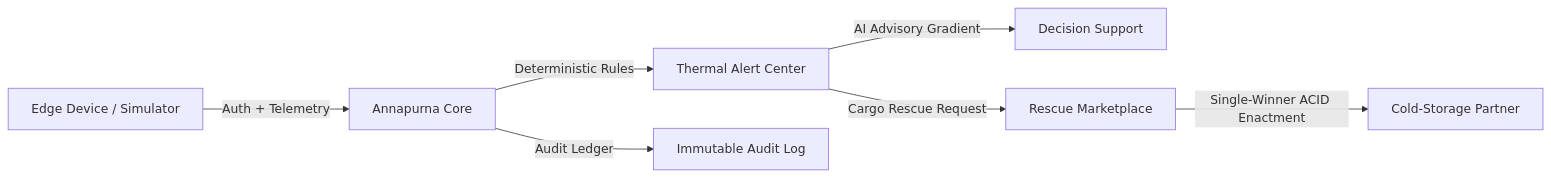
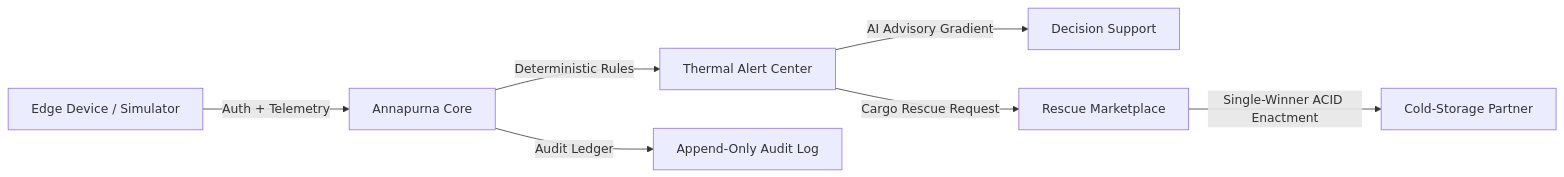
The diagram in README.md (Kenkei69/Annapurna-Rebuilt), drawn with Mermaid before and after one commit. The commit also changed other lines of this file and 5 other files, not shown here.

Commit message:
docs: align architecture, security model, deployment, data model, and testing documentation with verified invariants

````diff
--- a/README.md
+++ b/README.md
@@ -20,9 +20,9 @@
 ```mermaid
 flowchart LR
     Edge["Edge Device / Simulator"] -->|Auth + Telemetry| Core["Annapurna Core"]
     Core -->|Deterministic Rules| Alert["Thermal Alert Center"]
     Alert -->|AI Advisory Gradient| AI["Decision Support"]
     Alert -->|Cargo Rescue Request| Market["Rescue Marketplace"]
     Market -->|Single-Winner ACID Enactment| Partner["Cold-Storage Partner"]
-    Core -->|Audit Ledger| Audit["Immutable Audit Log"]
+    Core -->|Audit Ledger| Audit["Append-Only Audit Log"]
 ```
````
